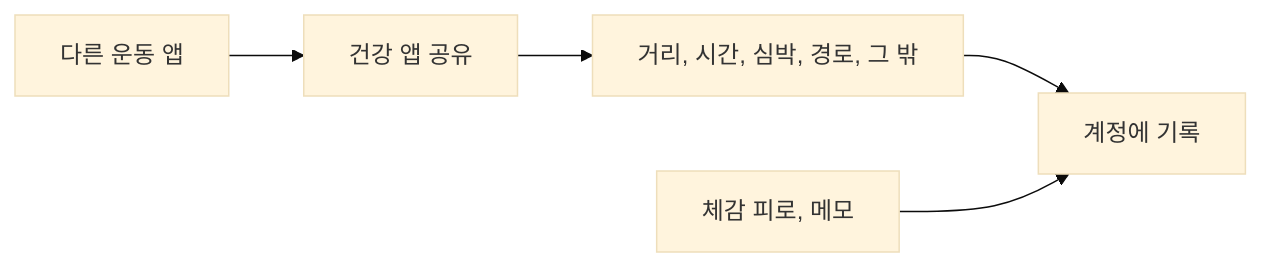
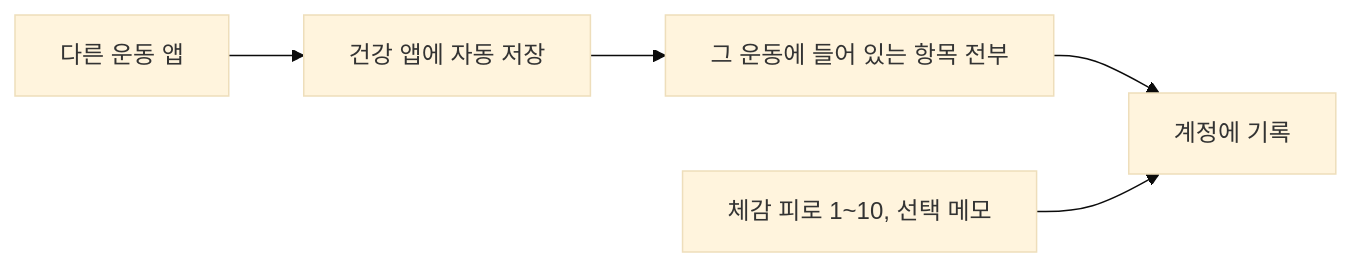
Before and after one commit to BeomhyunPark/hoohaa: the diagram in docs/v4/features/health-import.md, drawn with Mermaid (base theme). The commit also changed other lines of this file and 8 other files, not shown here.

````diff
--- a/docs/v4/features/health-import.md
+++ b/docs/v4/features/health-import.md
@@ -27,7 +33,7 @@
 ```mermaid
 flowchart LR
-  app["다른 운동 앱"] --> health["건강 앱 공유"]
-  health --> data["거리, 시간, 심박, 경로, 그 밖"]
+  app["다른 운동 앱"] --> health["건강 앱에 자동 저장"]
+  health --> data["그 운동에 들어 있는 항목 전부"]
   data --> save["계정에 기록"]
-  feel["체감 피로, 메모"] --> save
+  feel["체감 피로 1~10, 선택 메모"] --> save
 ```
````
